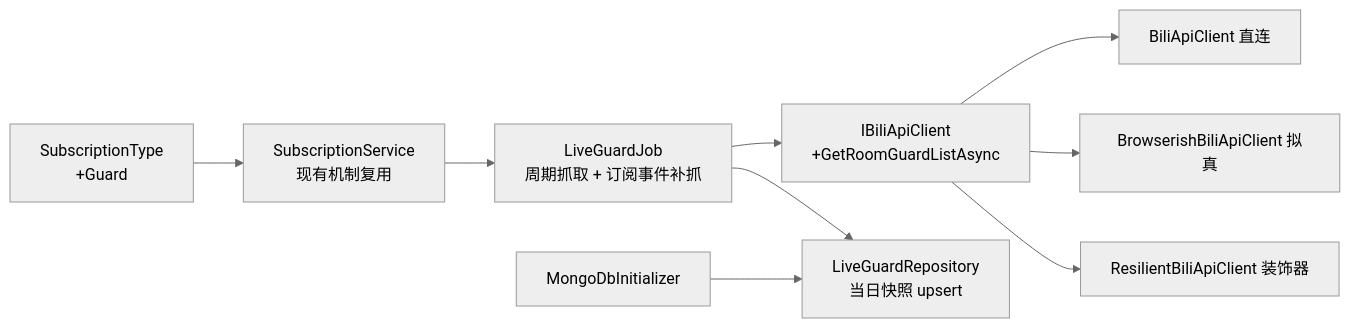
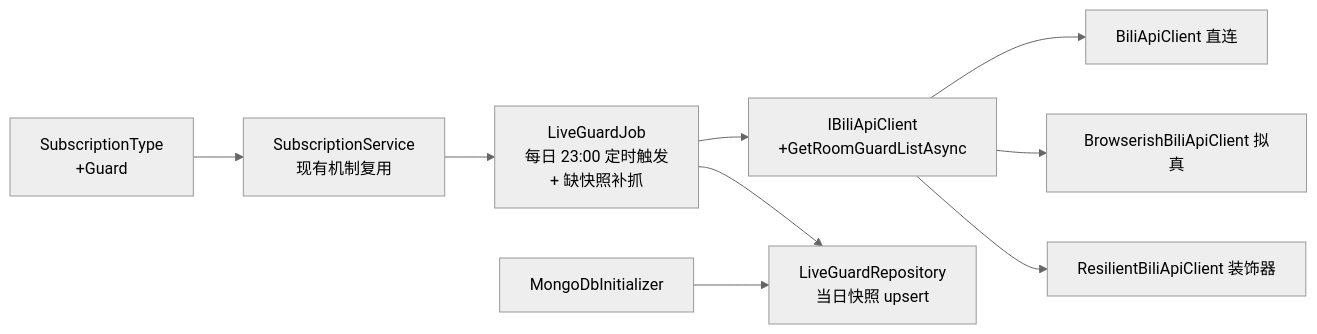
The second of 3 diagrams in docs/engineering/proposals/20260831-proposal-live-guard-crawl.md (Deliay/z-vtuber), drawn with Mermaid (neutral theme) before and after one commit. The commit also changed other lines of this file and 1 other file, not shown here.

Commit message:
docs: schedule guard crawl at 23:00 daily with missed-snapshot catch-up

````diff
--- a/docs/engineering/proposals/20260831-proposal-live-guard-crawl.md
+++ b/docs/engineering/proposals/20260831-proposal-live-guard-crawl.md
@@ -74,11 +74,11 @@
 ```mermaid
 graph LR
     A[SubscriptionType<br/>+Guard] --> B[SubscriptionService<br/>现有机制复用]
-    B --> C[LiveGuardJob<br/>周期抓取 + 订阅事件补抓]
+    B --> C[LiveGuardJob<br/>每日 23:00 定时触发<br/>+ 缺快照补抓]
     C --> D[IBiliApiClient<br/>+GetRoomGuardListAsync]
     D --> E[BiliApiClient 直连]
     D --> F[BrowserishBiliApiClient 拟真]
     D --> G[ResilientBiliApiClient 装饰器]
     C --> H[LiveGuardRepository<br/>当日快照 upsert]
     I[MongoDbInitializer] --> H
 ```
````
